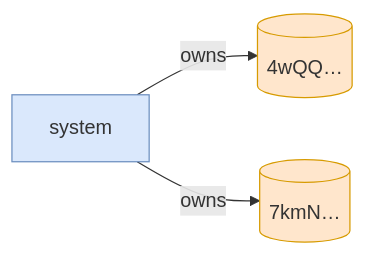
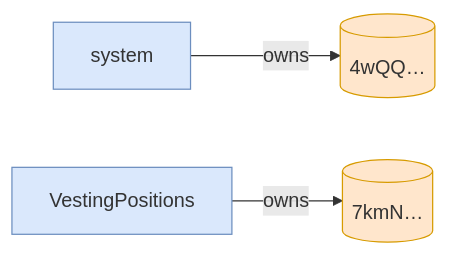
One commit to cds-turbin3/vesting-position changed the third of 3 diagrams in babelfish-tests/test-report/close_receipt_fails_while_campaign_active.md. Above: the diagram before and after it, drawn with Mermaid. The commit also changed other lines of this file and 50 other files, not shown here.

````diff
--- a/babelfish-tests/test-report/close_receipt_fails_while_campaign_active.md
+++ b/babelfish-tests/test-report/close_receipt_fails_while_campaign_active.md
@@ -27,11 +28,12 @@
 ```mermaid
 flowchart LR
     system["system"]:::program
     4wQQ[("4wQQ…")]:::state
+    VestingPositions["VestingPositions"]:::program
     7kmN[("7kmN…")]:::state
     system -->|owns| 4wQQ
-    system -->|owns| 7kmN
+    VestingPositions -->|owns| 7kmN
     classDef program fill:#dae8fc,stroke:#6c8ebf;
     classDef signer fill:#d5e8d4,stroke:#82b366;
     classDef state fill:#ffe6cc,stroke:#d79b00;
 ```
````
